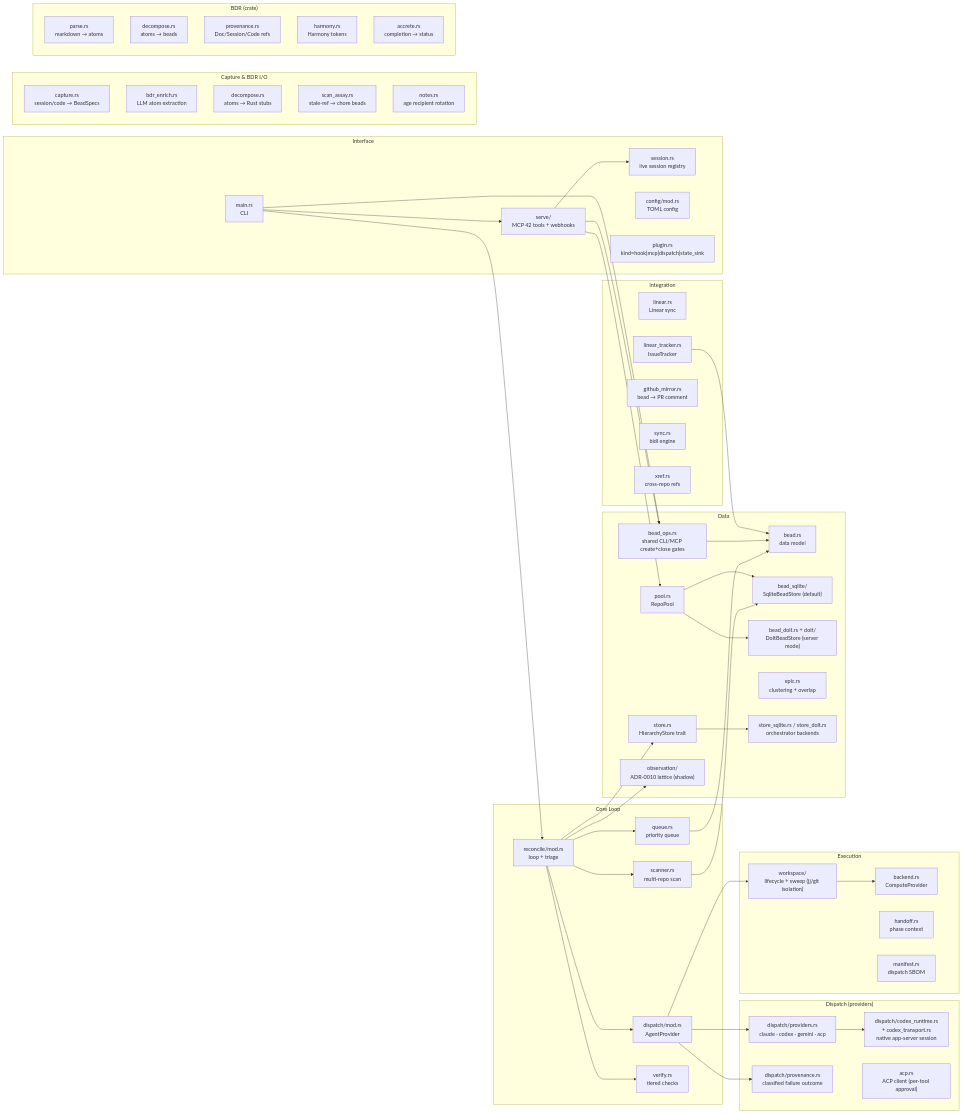
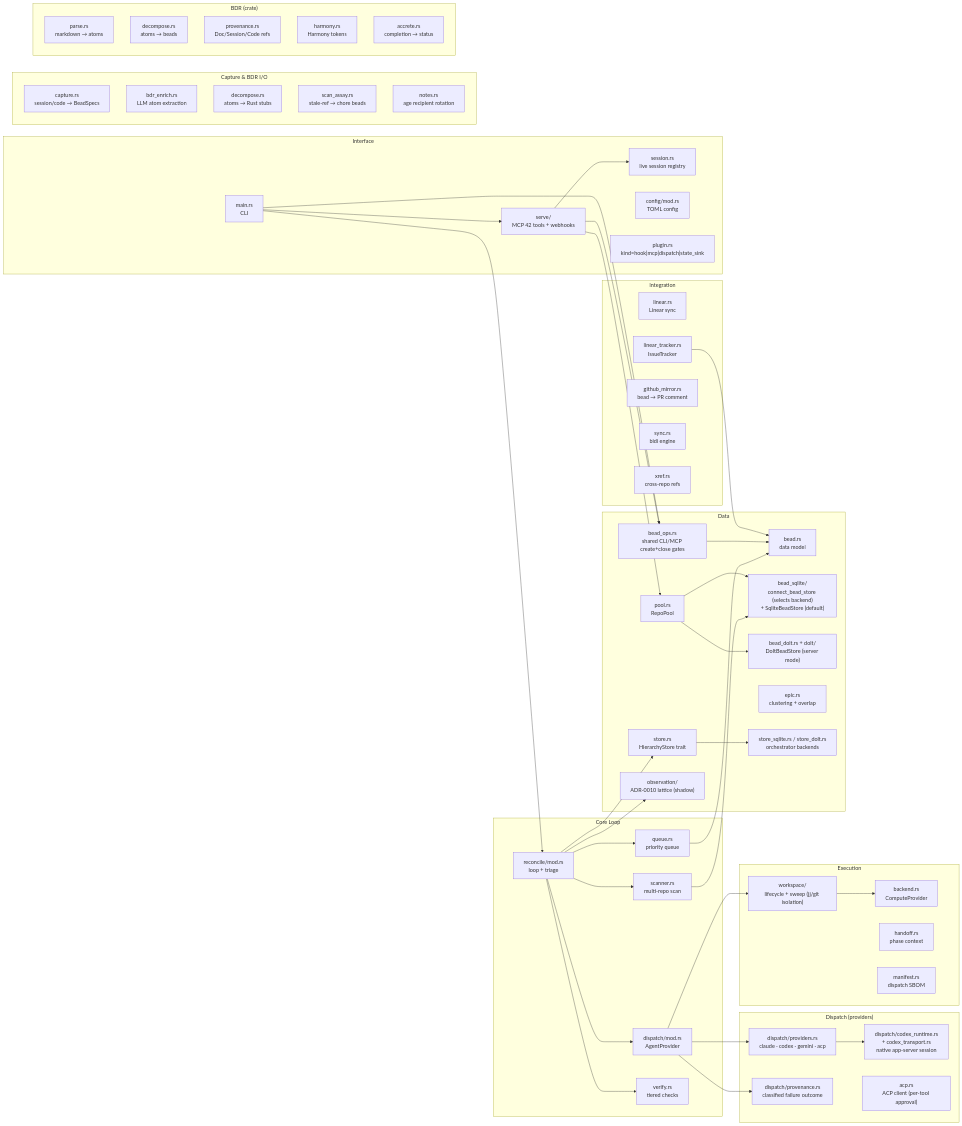
One commit to agentic-research/rosary changed the sixth of 8 diagrams in docs/ARCHITECTURE.md. Above: the diagram before and after it, drawn with Mermaid. The commit also changed 1 other file, not shown here.

Commit message:
[rosary-46436d] docs: address Copilot review on #487 — generic tool phrasing + backend-selecting seam
- README: "42 bead/thread/decade tools" → "42 MCP tools" (the surface
  also spans dispatch/review/workspace; generic phrasing won't drift).
- ARCHITECTURE graph: bead_sqlite node now names connect_bead_store —
  scanner reaches the store through the backend-selecting seam (Dolt
  when .beads/dolt/ exists), not SQLite unconditionally.

Claude-Session: https://claude.ai/code/session_01PMJgGCoDfQ7QF4R2vcupBJ

```diff
--- a/docs/ARCHITECTURE.md
+++ b/docs/ARCHITECTURE.md
@@ -170,7 +170,7 @@
     subgraph "Data"
         bead["bead.rs<br/>data model"]
         bead_ops["bead_ops.rs<br/>shared CLI/MCP create+close gates"]
-        bead_sqlite["bead_sqlite/<br/>SqliteBeadStore (default)"]
+        bead_sqlite["bead_sqlite/<br/>connect_bead_store (selects backend)<br/>+ SqliteBeadStore (default)"]
         bead_dolt["bead_dolt.rs + dolt/<br/>DoltBeadStore (server mode)"]
         pool["pool.rs<br/>RepoPool"]
         epic["epic.rs<br/>clustering + overlap"]
```
